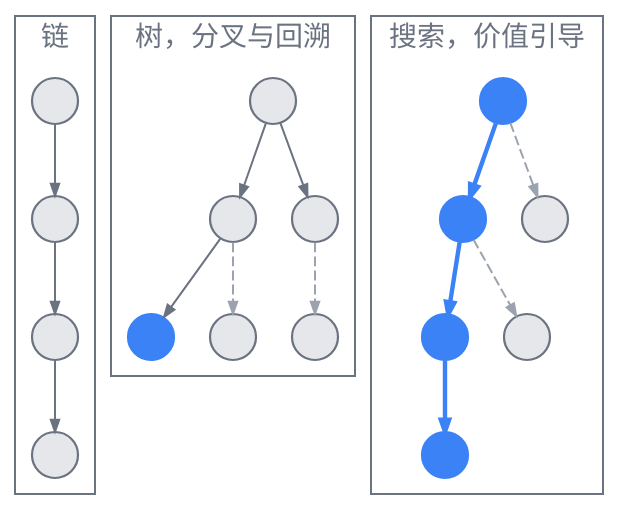
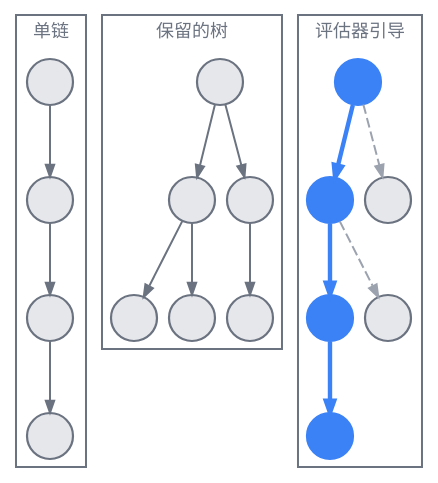
Before and after one commit to latere-ai/ai-as-an-infrastructure: the second of 3 diagrams in zh/reasoning/01-eliciting-reasoning.qmd, drawn with Graphviz. The commit also changed other lines of this file and 3 other files, not shown here.

````diff
--- a/zh/reasoning/01-eliciting-reasoning.qmd
+++ b/zh/reasoning/01-eliciting-reasoning.qmd
@@ -84,46 +126,51 @@
 ```{dot}
 //| label: fig-eliciting-reasoning-structure
-//| fig-cap: "链、树与价值引导的搜索，是同一片推理空间的三种形态。链是每个节点只有一个子节点、且不回溯的退化的树。据 Yao 等（2023）与 Feng 等（2023）。"
+//| fig-cap: "三种控制器形态。链只承诺一条延续路径，树保留多个备选，价值引导搜索则依据评估器剪枝。高亮路径只是示意，并非已知真值。"
 digraph G {
   rankdir=TB;
   bgcolor="transparent";
+  nodesep=0.08;
   node [shape=circle, fixedsize=true, width=0.32, label="", style=filled, fillcolor="#e5e7eb", color="#6b7280", penwidth=1.1];
   edge [arrowsize=0.6, color="#6b7280"];
 
   subgraph cluster_chain {
-    label="链";
+    margin=4;
+    label="单链";
     fontname="Helvetica";
+    fontsize=9;
     fontcolor="#6b7280";
     color="#6b7280";
     c0 -> c1 -> c2 -> c3;
   }
 
   subgraph cluster_tree {
-    label="树，分叉与回溯";
+    margin=4;
+    label="保留的树";
     fontname="Helvetica";
+    fontsize=9;
     fontcolor="#6b7280";
     color="#6b7280";
     t0 -> t1; t0 -> t2;
-    t1 -> t3;
-    t1 -> t4 [style=dashed, color="#9ca3af"];
-    t2 -> t5 [style=dashed, color="#9ca3af"];
-    t3 [fillcolor="#3b82f6", color="#3b82f6"];
+    t1 -> t3; t1 -> t4;
+    t2 -> t5;
   }
 
   subgraph cluster_search {
-    label="搜索，价值引导";
+    margin=4;
+    label="评估器引导";
     fontname="Helvetica";
+    fontsize=9;
     fontcolor="#6b7280";
     color="#6b7280";
     s0 -> s1 [penwidth=2.2, color="#3b82f6"];
     s0 -> s2 [style=dashed, color="#9ca3af"];
     s1 -> s3 [penwidth=2.2, color="#3b82f6"];
     s1 -> s4 [style=dashed, color="#9ca3af"];
     s3 -> s5 [penwidth=2.2, color="#3b82f6"];
     s0 [fillcolor="#3b82f6", color="#3b82f6"];
     s1 [fillcolor="#3b82f6", color="#3b82f6"];
     s3 [fillcolor="#3b82f6", color="#3b82f6"];
     s5 [fillcolor="#3b82f6", color="#3b82f6"];
   }
 }
 ```
````
